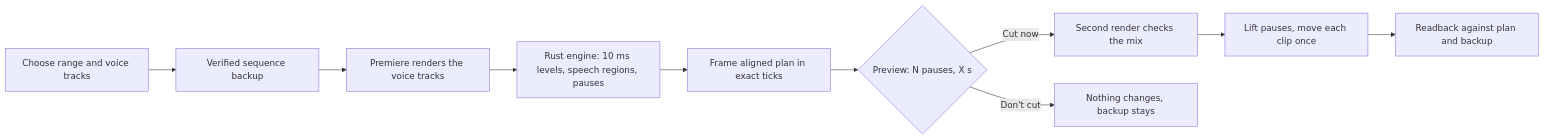
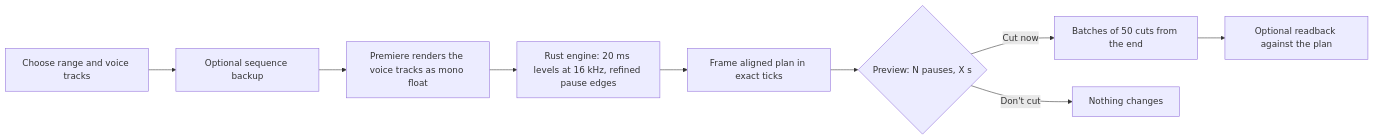
Before and after one commit to nicremo/open-silences: the diagram in README.md, drawn with Mermaid. The commit also changed other lines of this file and 28 other files, not shown here.

First line of the commit message:
feat: rework pause detection, frame planning and the cut path (#2)

````diff
--- a/README.md
+++ b/README.md
@@ -104,12 +104,11 @@
 ```mermaid
 flowchart LR
-    A[Choose range and voice tracks] --> B[Verified sequence backup]
-    B --> C[Premiere renders the voice tracks]
-    C --> D[Rust engine: 10 ms levels, speech regions, pauses]
+    A[Choose range and voice tracks] --> B[Optional sequence backup]
+    B --> C[Premiere renders the voice tracks as mono float]
+    C --> D[Rust engine: 20 ms levels at 16 kHz, refined pause edges]
     D --> E[Frame aligned plan in exact ticks]
     E --> F{Preview: N pauses, X s}
-    F -->|Cut now| G[Second render checks the mix]
-    G --> H[Lift pauses, move each clip once]
-    H --> I[Readback against plan and backup]
-    F -->|Don't cut| J[Nothing changes, backup stays]
+    F -->|Cut now| G[Batches of 50 cuts from the end]
+    G --> H[Optional readback against the plan]
+    F -->|Don't cut| J[Nothing changes]
 ```
````
